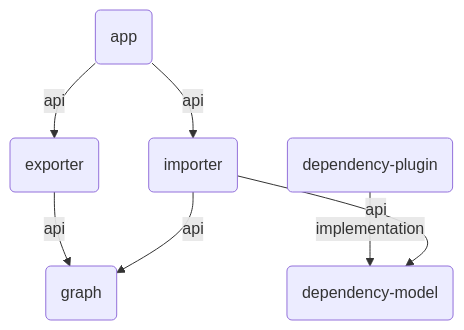
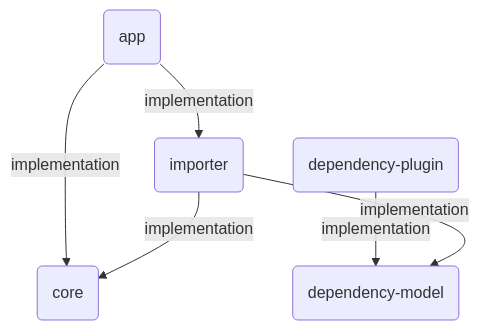
Before and after one commit to ryru/dependency-graph-analyser: the diagram in README.md, drawn with Mermaid. The commit also changed other lines of this file and 101 other files, not shown here.

````diff
--- a/README.md
+++ b/README.md
@@ -12,9 +12,8 @@
 ```mermaid
 graph TD
-    vd2a57d(app) -->|api| ved7802(exporter)
-    vd2a57d(app) -->|api| v1bc49d(importer)
+    vd2a57d(app) -->|implementation| va74ad8(core)
+    vd2a57d(app) -->|implementation| v1bc49d(importer)
     v80f88a(dependency-plugin) -->|implementation| v8ebf3d(dependency-model)
-    ved7802(exporter) -->|api| vf8b0b9(graph)
-    v1bc49d(importer) -->|api| v8ebf3d(dependency-model)
-    v1bc49d(importer) -->|api| vf8b0b9(graph)
+    v1bc49d(importer) -->|implementation| va74ad8(core)
+    v1bc49d(importer) -->|implementation| v8ebf3d(dependency-model)
 ```
````
